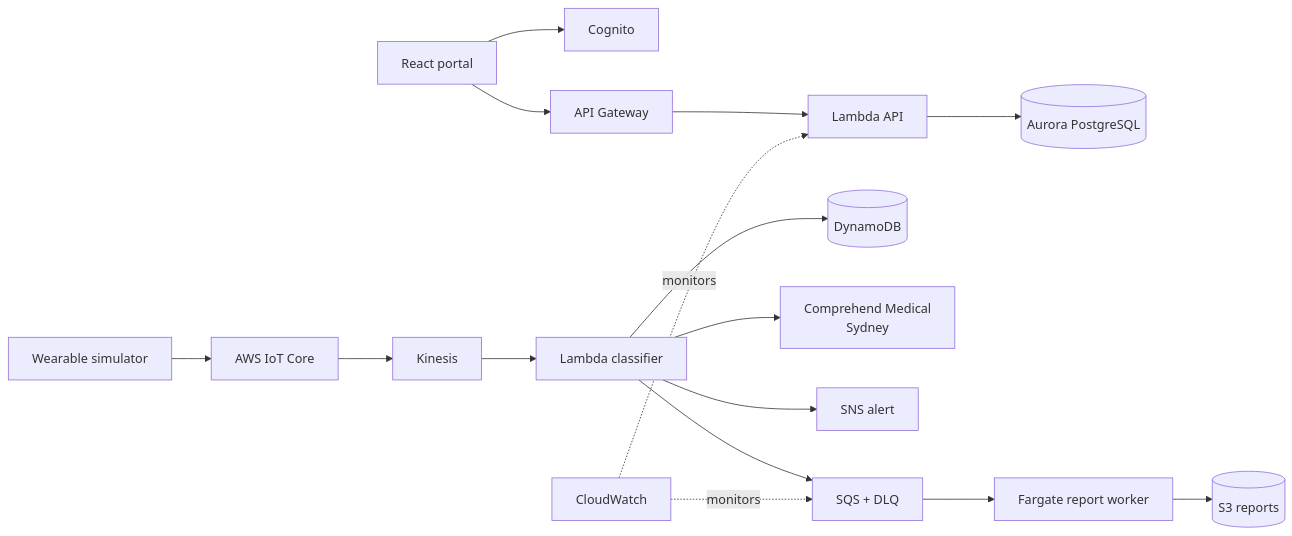
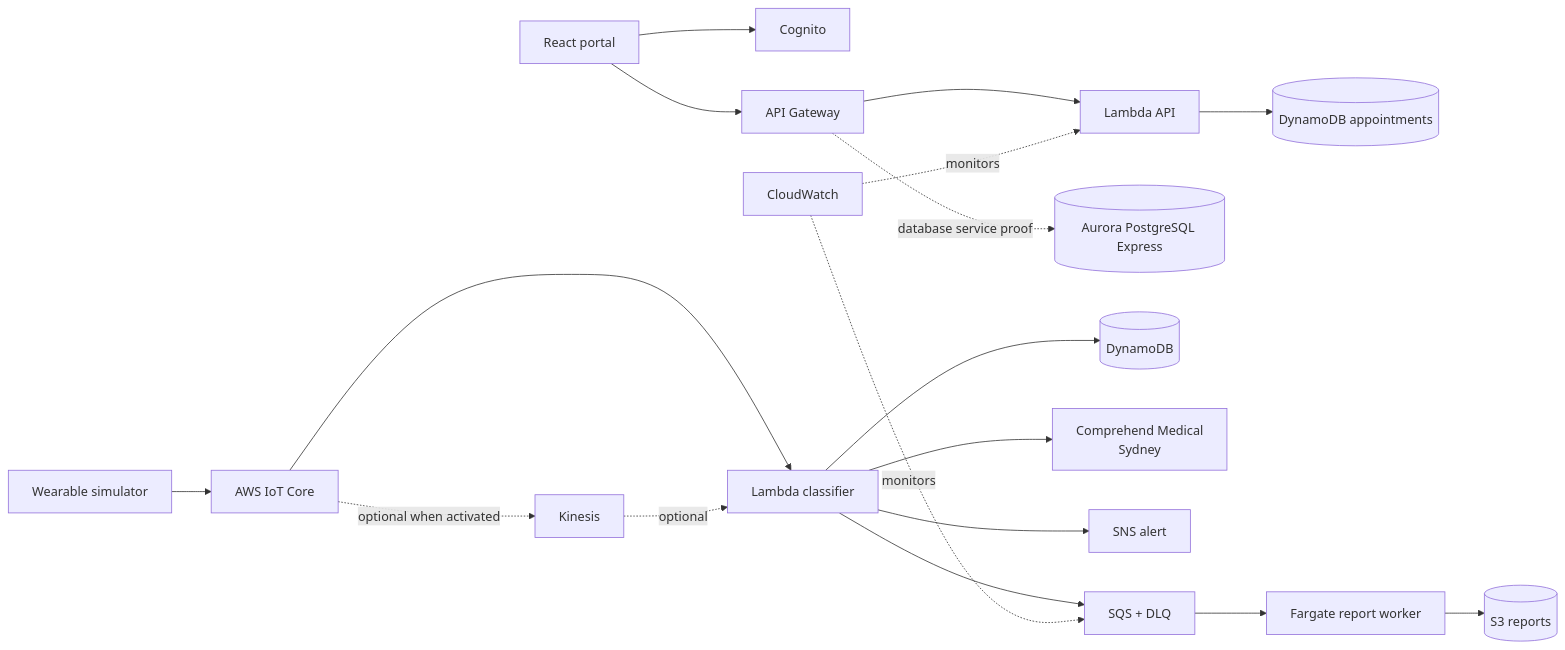
The diagram in README.md (eashwarashokvlsi/mediconnect), drawn with Mermaid before and after one commit. The commit also changed other lines of this file and 1 other file, not shown here.

````diff
--- a/README.md
+++ b/README.md
@@ -22,18 +38,20 @@
 ```mermaid
 flowchart LR
   UI[React portal] --> C[Cognito]
   UI --> API[API Gateway]
   API --> L1[Lambda API]
-  L1 --> RDS[(Aurora PostgreSQL)]
+  L1 --> APT[(DynamoDB appointments)]
+  API -. database service proof .-> RDS[(Aurora PostgreSQL Express)]
   W[Wearable simulator] --> IOT[AWS IoT Core]
-  IOT --> K[Kinesis]
-  K --> L2[Lambda classifier]
+  IOT --> L2[Lambda classifier]
+  IOT -. optional when activated .-> K[Kinesis]
+  K -. optional .-> L2
   L2 --> D[(DynamoDB)]
   L2 --> CM[Comprehend Medical\nSydney]
   L2 --> SNS[SNS alert]
   L2 --> Q[SQS + DLQ]
   Q --> F[Fargate report worker]
   F --> S3[(S3 reports)]
   CW[CloudWatch] -. monitors .-> L1
   CW -. monitors .-> Q
 ```
````
